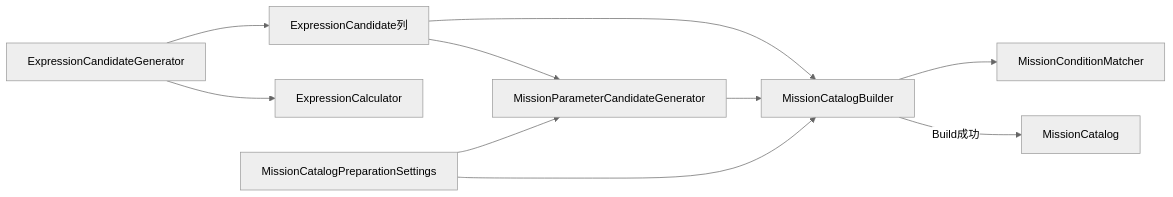
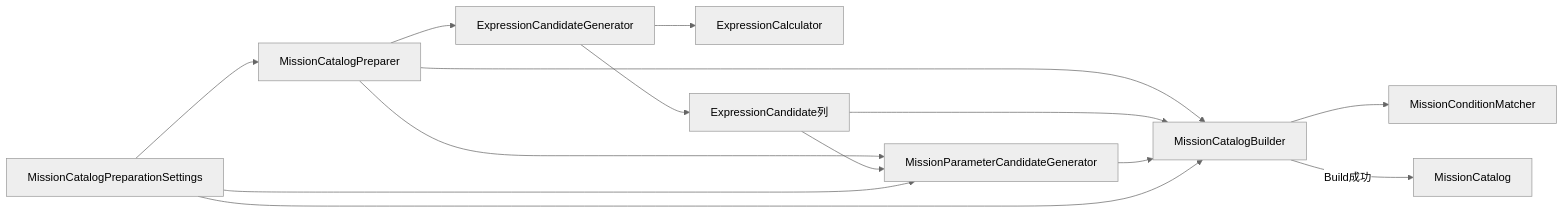
The fifth of 13 diagrams in docs/architecture/core/core-logic-overview.md (MicomProcedure/change-change-change), drawn with Mermaid (neutral theme) before and after one commit. The commit also changed other lines of this file and 11 other files, not shown here.

First line of the commit message:
refactor: MissionCatalog生成をMissionCatalogPreparerへ切り出し

````diff
--- a/docs/architecture/core/core-logic-overview.md
+++ b/docs/architecture/core/core-logic-overview.md
@@ -217,21 +217,26 @@
 ```mermaid
 flowchart LR
     Preparation[MissionCatalogPreparationSettings]
+    Preparer[MissionCatalogPreparer]
     Gen[ExpressionCandidateGenerator]
     ParameterGen[MissionParameterCandidateGenerator]
     Calc[ExpressionCalculator]
     Expressions[ExpressionCandidate列]
     Builder[MissionCatalogBuilder]
     Matcher[MissionConditionMatcher]
     Catalog[MissionCatalog]
 
+    Preparation --> Preparer
+    Preparer --> Gen
+    Preparer --> ParameterGen
+    Preparer --> Builder
     Gen --> Calc
     Gen --> Expressions
     Expressions --> ParameterGen
     Preparation --> ParameterGen
     Expressions --> Builder
     ParameterGen --> Builder
     Preparation --> Builder
     Builder --> Matcher
     Builder -->|Build成功| Catalog
 ```
````
